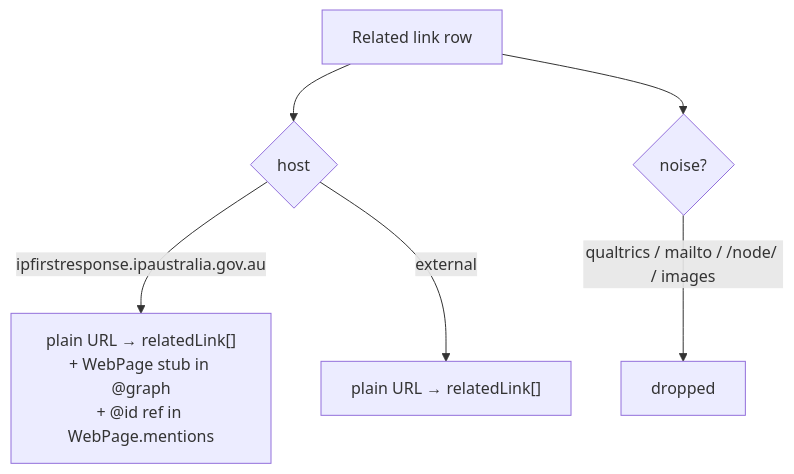
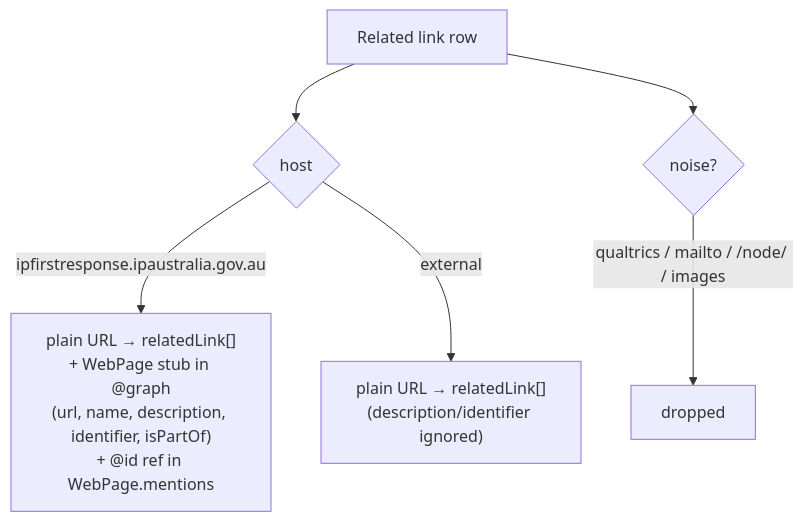
One commit to Thomas-Amann-IPAustralia/DeterministicSchemaConversion changed the sixth of 6 diagrams in docs/govcms-modular-template/decision-tree.md. Above: the diagram before and after it, drawn with Mermaid. The commit also changed other lines of this file and 2 other files, not shown here.

First line of the commit message:
Add ImageObject block + internal-link description/identifier

````diff
--- a/docs/govcms-modular-template/decision-tree.md
+++ b/docs/govcms-modular-template/decision-tree.md
@@ -312,8 +345,8 @@
 ```mermaid
 flowchart TD
     L[Related link row] --> M{host}
-    M -->|ipfirstresponse.ipaustralia.gov.au| INT["plain URL → relatedLink[]<br/>+ WebPage stub in @graph<br/>+ @id ref in WebPage.mentions"]
-    M -->|external| EXT["plain URL → relatedLink[]"]
+    M -->|ipfirstresponse.ipaustralia.gov.au| INT["plain URL → relatedLink[]<br/>+ WebPage stub in @graph<br/>(url, name, description, identifier, isPartOf)<br/>+ @id ref in WebPage.mentions"]
+    M -->|external| EXT["plain URL → relatedLink[]<br/>(description/identifier ignored)"]
     L --> N{noise?}
     N -->|qualtrics / mailto / /node/ / images| DROP[dropped]
 ```
````
